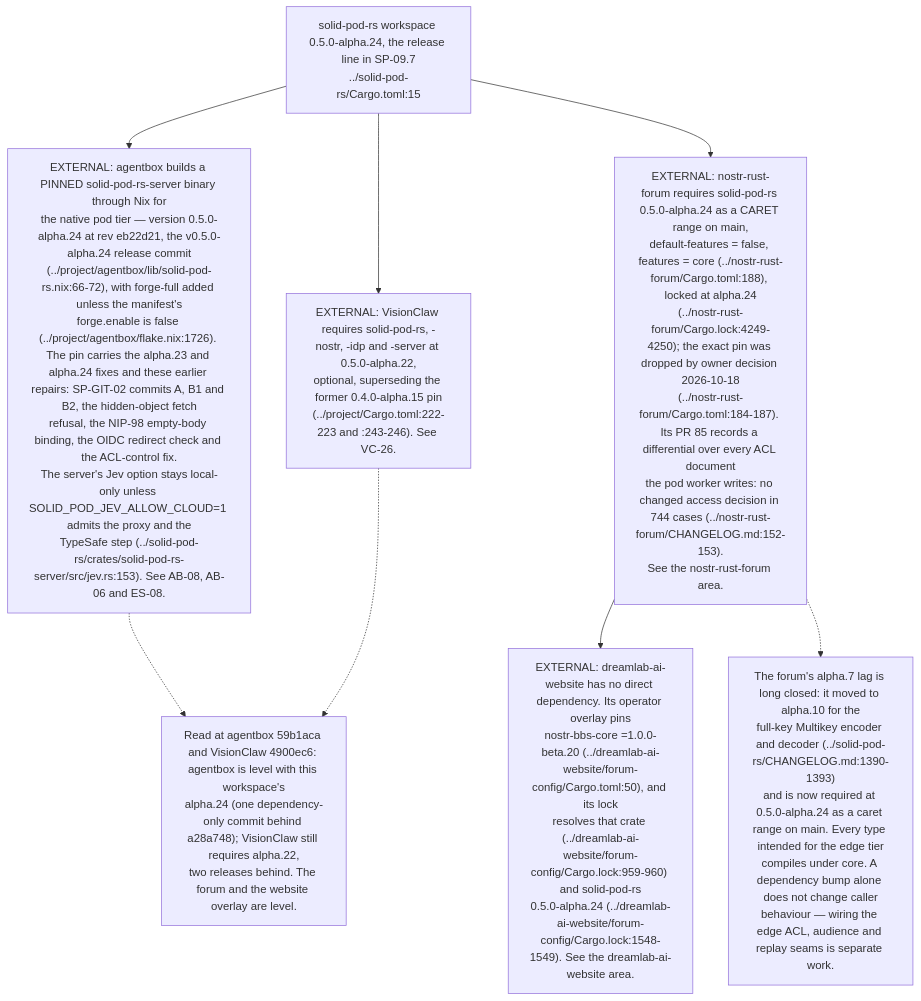
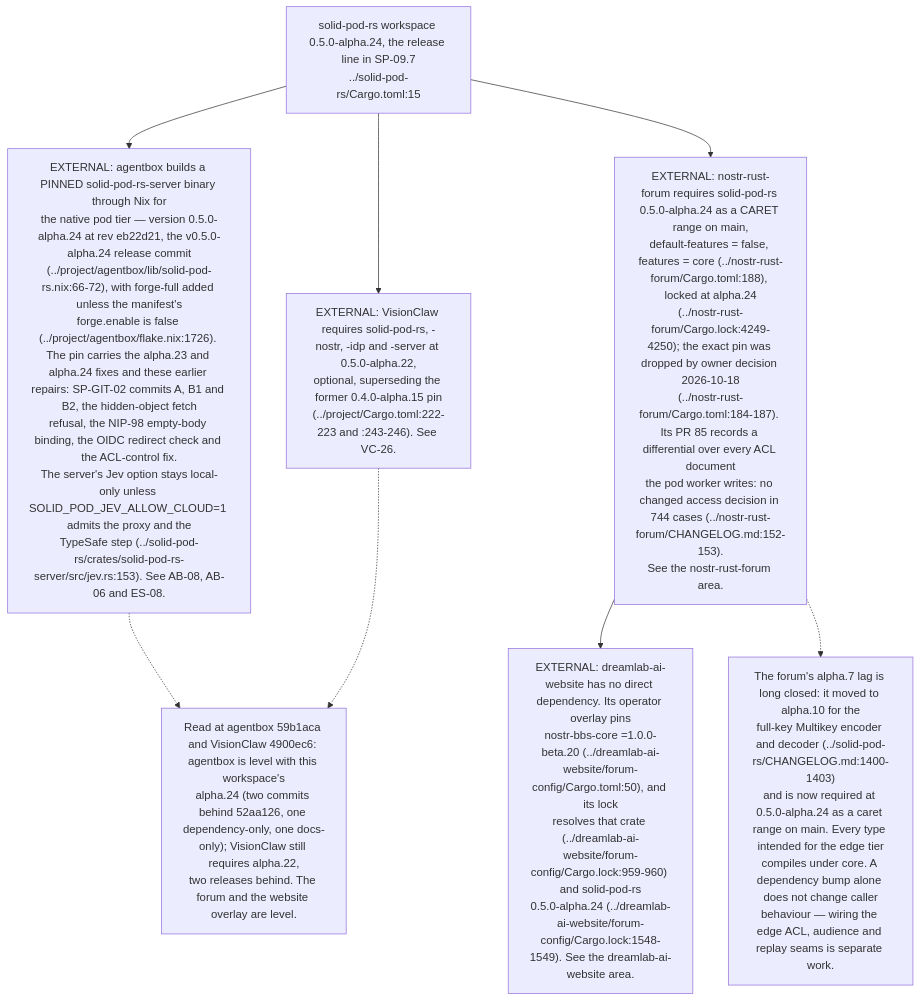
One commit to DreamLab-AI/VisionFlow changed the sixth of 10 diagrams in docs/diagrams/solid-pod-rs/09-ci-release-and-consumer-pins.md. Above: the diagram before and after it, drawn with Mermaid. The commit also changed other lines of this file, not shown here.

First line of the commit message:
diagrams(SP-09): re-verify at solid-pod-rs 52aa126 after PR #18

````diff
--- a/docs/diagrams/solid-pod-rs/09-ci-release-and-consumer-pins.md
+++ b/docs/diagrams/solid-pod-rs/09-ci-release-and-consumer-pins.md
@@ -248,19 +244,19 @@
 ```mermaid
 flowchart TD
     P["solid-pod-rs workspace 0.5.0-alpha.24, the release line in SP-09.7<br/>../solid-pod-rs/Cargo.toml:15"]
     P --> AB
     P --> VC
     P --> NF
     AB["EXTERNAL: agentbox builds a PINNED solid-pod-rs-server binary through Nix for<br/>the native pod tier — version 0.5.0-alpha.24 at rev eb22d21, the v0.5.0-alpha.24 release commit<br/>(../project/agentbox/lib/solid-pod-rs.nix:66-72), with forge-full added unless the manifest's<br/>forge.enable is false (../project/agentbox/flake.nix:1726). The pin carries the alpha.23 and alpha.24 fixes and these earlier repairs: SP-GIT-02 commits A, B1 and B2, the hidden-object fetch<br/>refusal, the NIP-98 empty-body binding, the OIDC redirect check and the ACL-control fix.<br/>The server's Jev option stays local-only unless SOLID_POD_JEV_ALLOW_CLOUD=1 admits the proxy and the<br/>TypeSafe step (../solid-pod-rs/crates/solid-pod-rs-server/src/jev.rs:153). See AB-08, AB-06 and ES-08."]
     VC["EXTERNAL: VisionClaw requires solid-pod-rs, -nostr, -idp and -server at 0.5.0-alpha.22,<br/>optional, superseding the former 0.4.0-alpha.15 pin<br/>(../project/Cargo.toml:222-223 and :243-246). See VC-26."]
     NF["EXTERNAL: nostr-rust-forum requires solid-pod-rs 0.5.0-alpha.24 as a CARET range on main,<br/>default-features = false, features = core (../nostr-rust-forum/Cargo.toml:188), locked at alpha.24<br/>(../nostr-rust-forum/Cargo.lock:4249-4250); the exact pin was dropped by owner decision 2026-10-18<br/>(../nostr-rust-forum/Cargo.toml:184-187). Its PR 85 records a differential over every ACL document<br/>the pod worker writes: no changed access decision in 744 cases (../nostr-rust-forum/CHANGELOG.md:152-153).<br/>See the nostr-rust-forum area."]
     DW["EXTERNAL: dreamlab-ai-website has no direct dependency. Its operator overlay pins<br/>nostr-bbs-core =1.0.0-beta.20 (../dreamlab-ai-website/forum-config/Cargo.toml:50), and its lock<br/>resolves that crate (../dreamlab-ai-website/forum-config/Cargo.lock:959-960) and solid-pod-rs<br/>0.5.0-alpha.24 (../dreamlab-ai-website/forum-config/Cargo.lock:1548-1549). See the dreamlab-ai-website area."]
-    LAG["Read at agentbox 59b1aca and VisionClaw 4900ec6: agentbox is level with this workspace's<br/>alpha.24 (one dependency-only commit behind a28a748); VisionClaw still requires alpha.22,<br/>two releases behind. The forum and the website overlay are level."]
+    LAG["Read at agentbox 59b1aca and VisionClaw 4900ec6: agentbox is level with this workspace's<br/>alpha.24 (two commits behind 52aa126, one dependency-only, one docs-only); VisionClaw still requires alpha.22,<br/>two releases behind. The forum and the website overlay are level."]
     AB -.-> LAG
     VC -.-> LAG
 
     NF --> DW
 
-    N["The forum's alpha.7 lag is long closed: it moved to alpha.10 for the<br/>full-key Multikey encoder and decoder (../solid-pod-rs/CHANGELOG.md:1390-1393)<br/>and is now required at 0.5.0-alpha.24 as a caret range on main. Every type intended for the edge tier<br/>compiles under core. A dependency bump alone does not change caller<br/>behaviour — wiring the edge ACL, audience and replay seams is separate work."]
+    N["The forum's alpha.7 lag is long closed: it moved to alpha.10 for the<br/>full-key Multikey encoder and decoder (../solid-pod-rs/CHANGELOG.md:1400-1403)<br/>and is now required at 0.5.0-alpha.24 as a caret range on main. Every type intended for the edge tier<br/>compiles under core. A dependency bump alone does not change caller<br/>behaviour — wiring the edge ACL, audience and replay seams is separate work."]
     NF -.-> N
 ```
````
